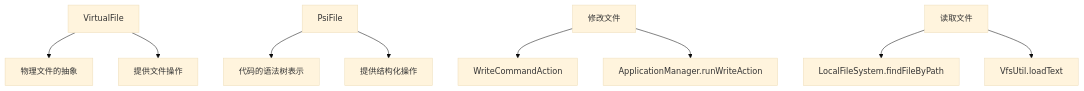
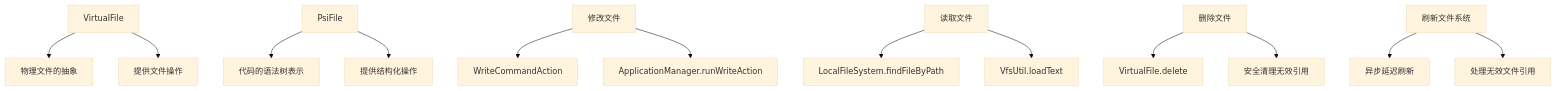
One commit to korykim/ruoyi-vue-plus-module-fast-generator changed the seventh of 12 diagrams in note.md. Above: the diagram before and after it, drawn with Mermaid (base theme). The commit also changed other lines of this file, not shown here.

````diff
--- a/note.md
+++ b/note.md
@@ -192,14 +203,20 @@
 ```mermaid
 graph TD
     A[VirtualFile] --> B[物理文件的抽象]
     A --> C[提供文件操作]
     
     D[PsiFile] --> E[代码的语法树表示]
     D --> F[提供结构化操作]
     
     G[修改文件] --> H[WriteCommandAction]
     G --> I[ApplicationManager.runWriteAction]
     
     J[读取文件] --> K[LocalFileSystem.findFileByPath]
     J --> L[VfsUtil.loadText]
+    
+    M[删除文件] --> N[VirtualFile.delete]
+    M --> O[安全清理无效引用]
+    
+    P[刷新文件系统] --> Q[异步延迟刷新]
+    P --> R[处理无效文件引用]
 ```
````
